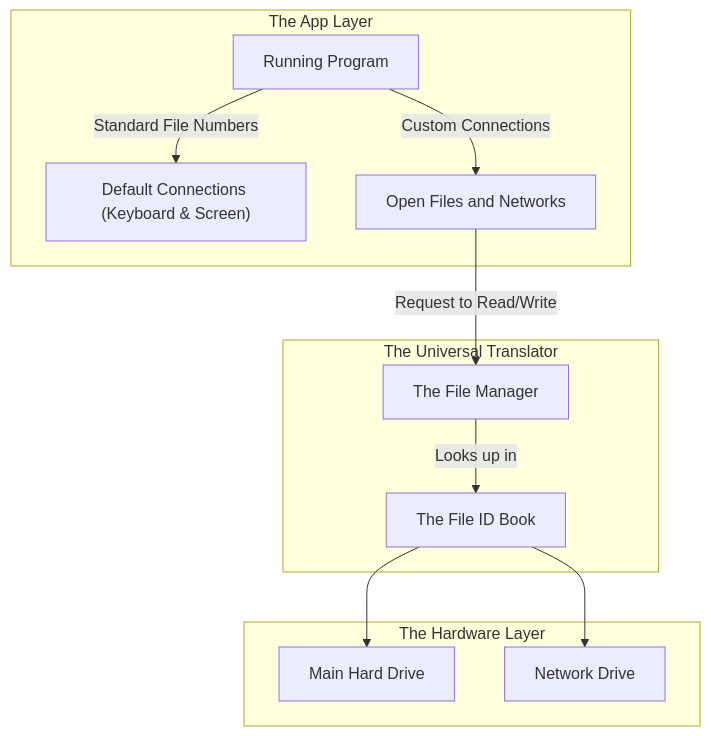
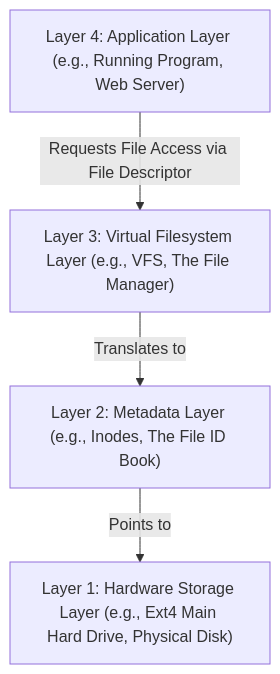
One commit to aloysiuspattath/platform-engineering-ai-course changed the diagram in website/pages/modules/module-03/lesson-04.md. Above: the diagram before and after it, drawn with Mermaid. The commit also changed other lines of this file and 56 other files, not shown here.

Commit message:
refactor: simplify architecture diagrams into single-line layered models

````diff
--- a/website/pages/modules/module-03/lesson-04.md
+++ b/website/pages/modules/module-03/lesson-04.md
@@ -92,17 +92,6 @@
 ```mermaid
 flowchart TD
-    subgraph UserSpace [The App Layer]
-        PROC["Running Program"] -->|Standard File Numbers| FD0["Default Connections (Keyboard & Screen)"]
-        PROC -->|Custom Connections| FD3["Open Files and Networks"]
-    end
-
-    subgraph VSLayer [The Universal Translator]
-        FD3 -->|Request to Read/Write| VFS["The File Manager"]
-        VFS -->|Looks up in| INODE["The File ID Book"]
-    end
-
-    subgraph PhysicalDisks [The Hardware Layer]
-        INODE --> EXT4["Main Hard Drive"]
-        INODE --> NFS["Network Drive"]
-    end
+    L4["Layer 4: Application Layer (e.g., Running Program, Web Server)"] -->|Requests File Access via File Descriptor| L3["Layer 3: Virtual Filesystem Layer (e.g., VFS, The File Manager)"]
+    L3 -->|Translates to| L2["Layer 2: Metadata Layer (e.g., Inodes, The File ID Book)"]
+    L2 -->|Points to| L1["Layer 1: Hardware Storage Layer (e.g., Ext4 Main Hard Drive, Physical Disk)"]
 ```
````
